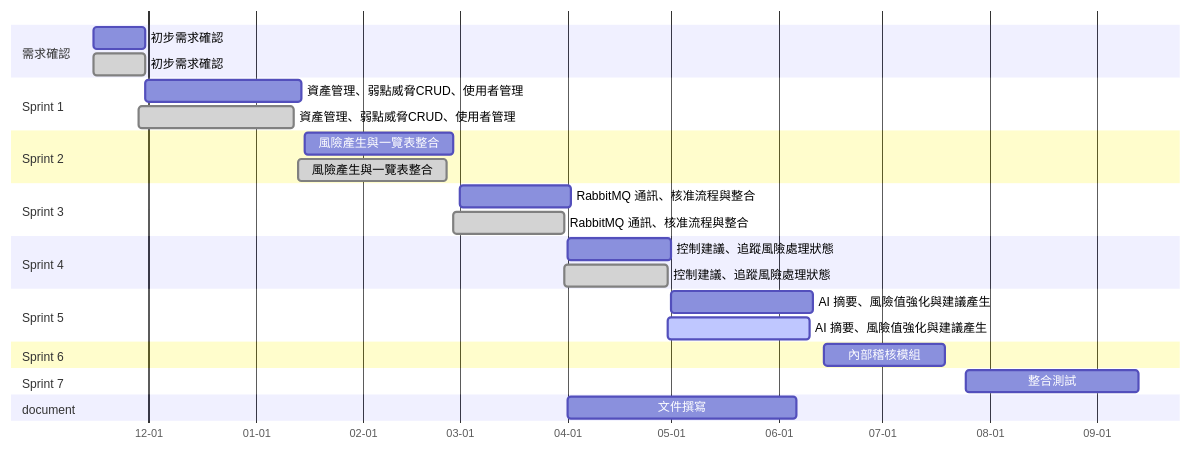
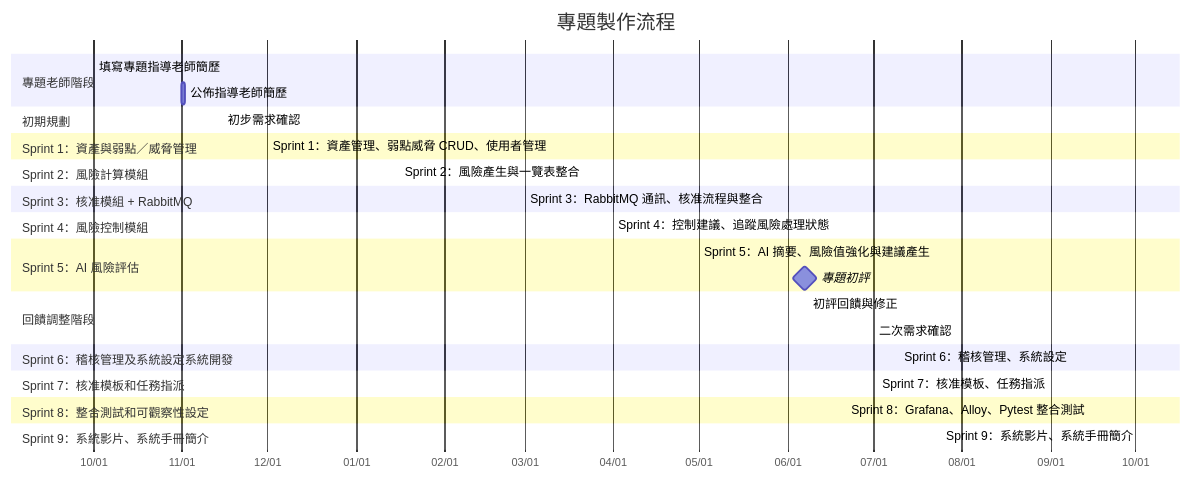
One commit to walle45611/NTUB_SecuManag_Diagram changed the diagram in wiki/gantt.md. Above: the diagram before and after it, drawn with Mermaid.

Commit message:
feat: 更新甘特圖以反映專題製作流程和各階段的詳細時間安排

````diff
--- a/wiki/gantt.md
+++ b/wiki/gantt.md
@@ -1,29 +1,47 @@
 ```mermaid
 gantt
-    dateFormat  MM-DD
-    axisFormat  %m-%d
-    section 需求確認
-        初步需求確認: 2024-11-15, 15d
-        初步需求確認: done,2024-11-15, 15d
-    section Sprint 1
-        資產管理、弱點威脅CRUD、使用者管理: 2024-11-30, 45d
-        資產管理、弱點威脅CRUD、使用者管理: done,2024-11-28, 45d
-    section Sprint 2
-        風險產生與一覽表整合:01-15, 43d
-        風險產生與一覽表整合:done,01-13, 43d
-    section Sprint 3
-        RabbitMQ 通訊、核准流程與整合:03-01, 32d
-        RabbitMQ 通訊、核准流程與整合:done,02-27, 32d
-    section Sprint 4
-        控制建議、追蹤風險處理狀態:04-01, 30d
-        控制建議、追蹤風險處理狀態:done,03-31, 30d
-    section Sprint 5
-        AI 摘要、風險值強化與建議產生:05-01, 41d
-        AI 摘要、風險值強化與建議產生:active,04-30, 41d
-    section Sprint 6
-        內部稽核模組: 06-14, 35d
-    section Sprint 7
-        整合測試         :07-25, 50d
-    section document
-        文件撰寫         :04-01, 66d
+    title 專題製作流程
+    dateFormat  YYYY-MM-**DD**
+    axisFormat  %m/%d
+
+    section 專題老師階段
+    填寫專題指導老師簡歷        :a1, 2024-10-01, 2024-10-31
+    公佈指導老師簡歷            :a2, 2024-11-01, 1d
+
+    section 初期規劃
+    初步需求確認                :pre1, 2024-11-15, 2024-11-30
+
+    section Sprint 1：資產與弱點／威脅管理
+    Sprint 1：資產管理、弱點威脅 CRUD、使用者管理 :s1, 2024-12-01, 2025-01-15
+
+    section Sprint 2：風險計算模組
+    Sprint 2：風險產生與一覽表整合                 :s2, 2025-01-16, 2025-02-28
+
+    section Sprint 3：核准模組 + RabbitMQ
+    Sprint 3：RabbitMQ 通訊、核准流程與整合         :s3, 2025-03-01, 2025-03-31
+
+    section Sprint 4：風險控制模組
+    Sprint 4：控制建議、追蹤風險處理狀態            :s4, 2025-04-01, 2025-04-30
+
+    section Sprint 5：AI 風險評估
+    Sprint 5：AI 摘要、風險值強化與建議產生          :s5, 2025-05-01, 2025-05-31
+
+    專題初評                                         :milestone, e1, 2025-06-06, 2d
+
+    section 回饋調整階段
+    初評回饋與修正                                   :adj1, 2025-06-08, 2025-06-20
+
+    二次需求確認                :pre2, 2025-07-01, 2025-07-05
+
+    section Sprint 6：稽核管理及系統設定系統開發
+    Sprint 6：稽核管理、系統設定                     :s6, 2025-07-10, 2025-08-31
+
+    section Sprint 7：核准模板和任務指派
+    Sprint 7：核准模板、任務指派                     :s7, 2025-09-01, 2025-09-15
+
+    section Sprint 8：整合測試和可觀察性設定
+    Sprint 8：Grafana、Alloy、Pytest 整合測試         :s8, 2025-09-15, 2025-10-01
+
+    section Sprint 9：系統影片、系統手冊簡介      
+    Sprint 9：系統影片、系統手冊簡介         :s9, 2025-10-2, 2025-10-07
 ```
````
